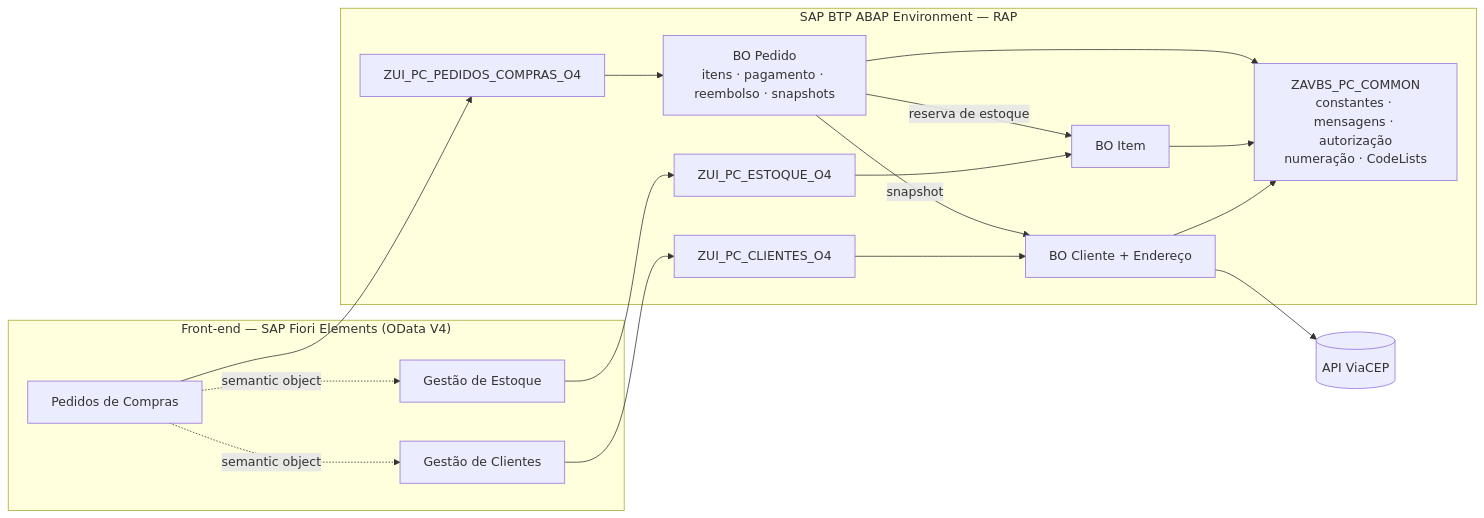
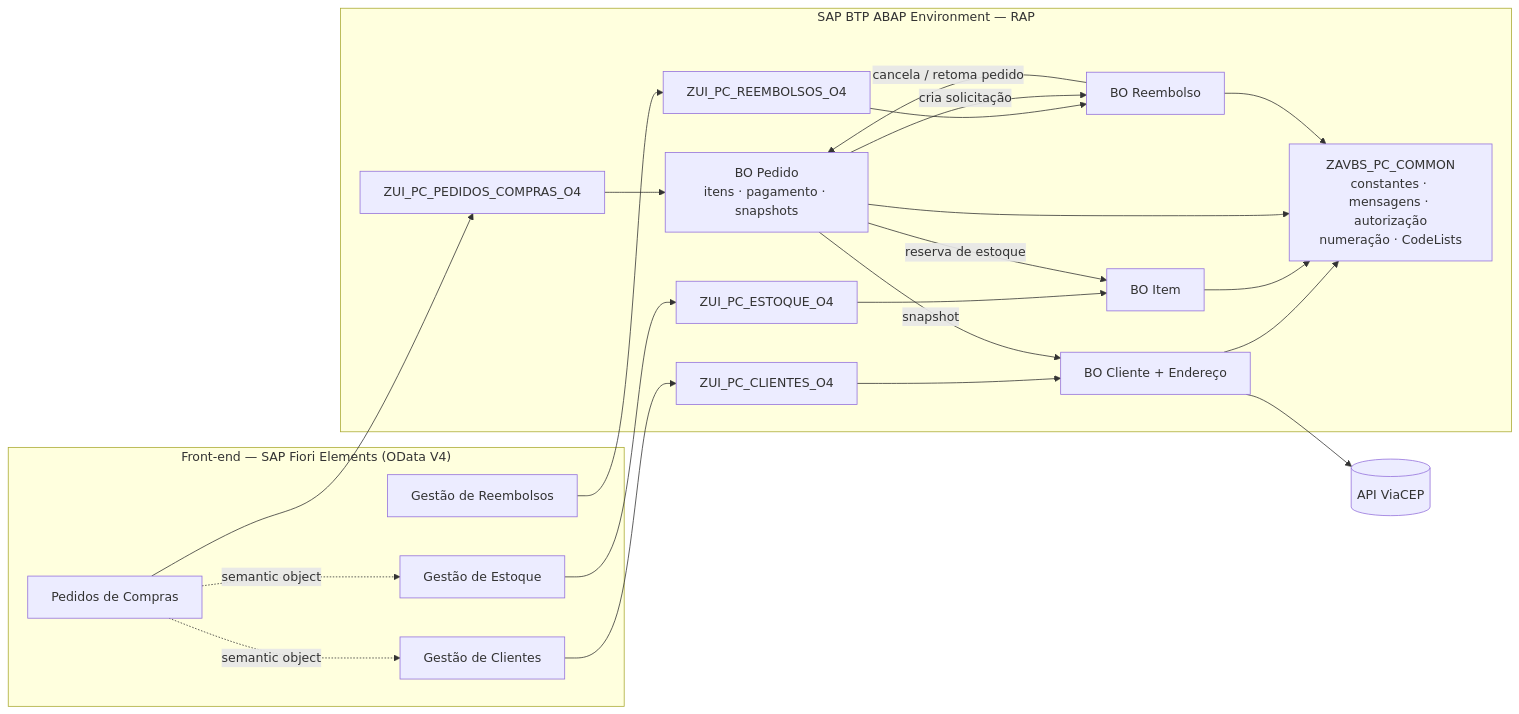
Before and after one commit to AdrianoBispo/sap-abap-rap-pedidos-de-compras-app: the first of 3 diagrams in README.md, drawn with Mermaid. The commit also changed other lines of this file and 5 other files, not shown here.

Commit message:
docs: document the four-app layout, new order flow and refund app; add launchpad intent workaround

````diff
--- a/README.md
+++ b/README.md
@@ -146,27 +151,33 @@
 ```mermaid
 flowchart LR
     subgraph UI["Front-end — SAP Fiori Elements (OData V4)"]
         APPC["Gestão de Clientes"]
         APPE["Gestão de Estoque"]
         APPP["Pedidos de Compras"]
+        APPR["Gestão de Reembolsos"]
     end
 
     subgraph BTP["SAP BTP ABAP Environment — RAP"]
         SC["ZUI_PC_CLIENTES_O4"] --> BOC["BO Cliente + Endereço"]
         SE["ZUI_PC_ESTOQUE_O4"] --> BOI["BO Item"]
-        SP["ZUI_PC_PEDIDOS_COMPRAS_O4"] --> BOP["BO Pedido<br/>itens · pagamento · reembolso · snapshots"]
+        SP["ZUI_PC_PEDIDOS_COMPRAS_O4"] --> BOP["BO Pedido<br/>itens · pagamento · snapshots"]
+        SR["ZUI_PC_REEMBOLSOS_O4"] --> BOR["BO Reembolso"]
         COMMON["ZAVBS_PC_COMMON<br/>constantes · mensagens · autorização<br/>numeração · CodeLists"]
     end
 
     APPC --> SC
     APPE --> SE
     APPP --> SP
+    APPR --> SR
     APPP -. semantic object .-> APPC
     APPP -. semantic object .-> APPE
     BOP -- reserva de estoque --> BOI
     BOP -- snapshot --> BOC
+    BOP -- cria solicitação --> BOR
+    BOR -- cancela / retoma pedido --> BOP
     BOC --> COMMON
     BOI --> COMMON
     BOP --> COMMON
+    BOR --> COMMON
     BOC --> VIACEP[("API ViaCEP")]
 ```
````
